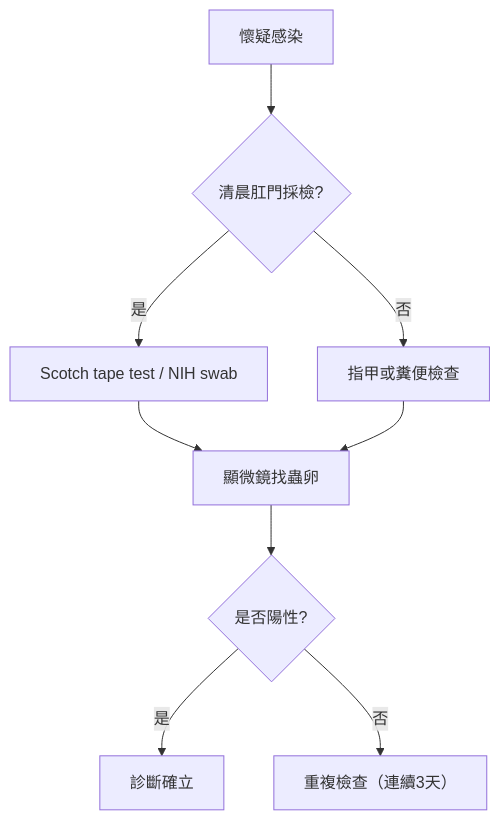
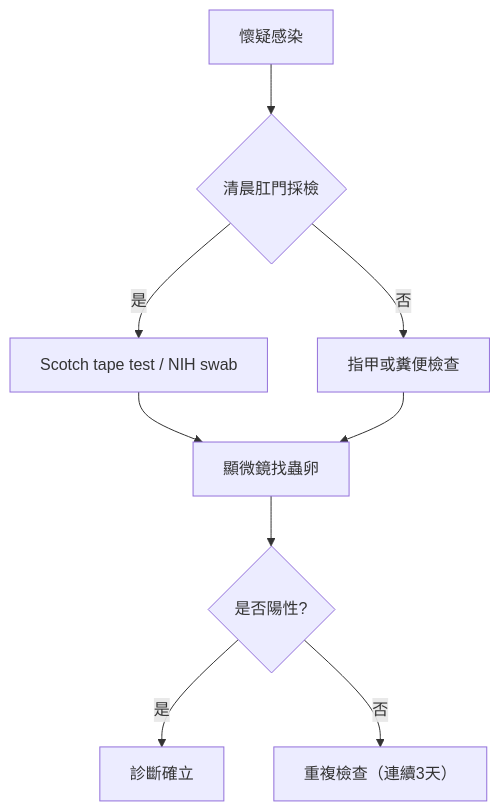
Before and after one commit to xenocgytjp/parasite-graph: the second of 2 diagrams in 蟯蟲＋鞭蟲＋毛線蟲.md, drawn with Mermaid. The commit also changed other lines of this file, not shown here.

````diff
--- a/蟯蟲＋鞭蟲＋毛線蟲.md
+++ b/蟯蟲＋鞭蟲＋毛線蟲.md
@@ -77,11 +78,11 @@
 ```mermaid
 flowchart TD
-    A[懷疑感染] --> B{清晨肛門採檢?}
+    A[懷疑感染] --> B{清晨肛門採檢}
     B -->|是| C[Scotch tape test / NIH swab]
     B -->|否| D[指甲或糞便檢查]
     C --> E[顯微鏡找蟲卵]
     D --> E
     E --> F{是否陽性?}
     F -->|是| G[診斷確立]
     F -->|否| H[重複檢查（連續3天）]
 ```
````
